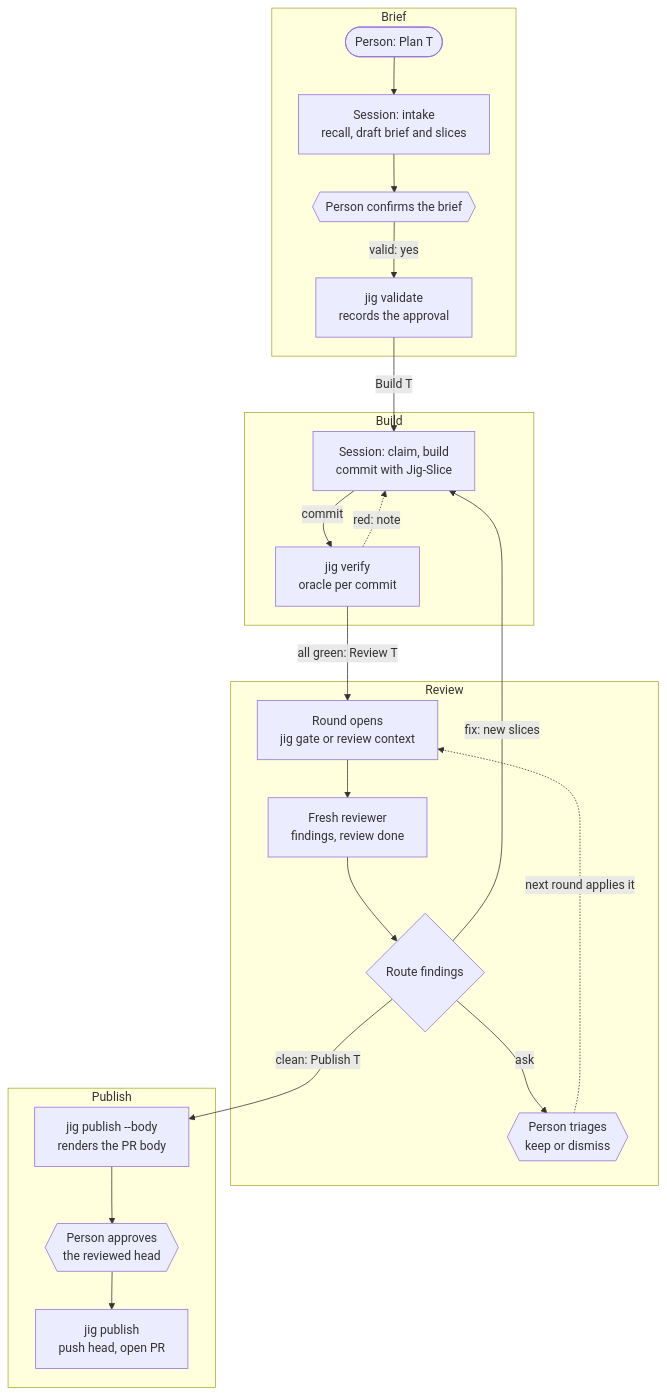
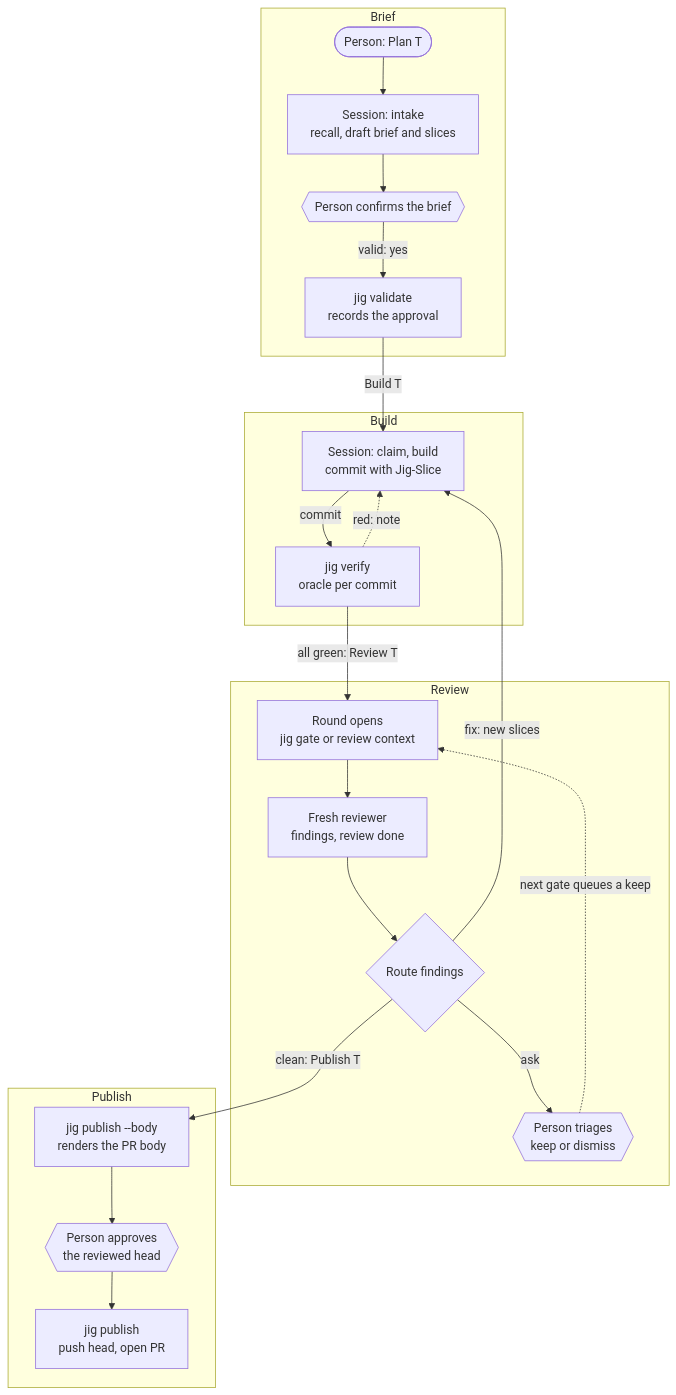
Before and after one commit to develdeco/jig: the third of 5 diagrams in docs/diagrams.md, drawn with Mermaid. The commit also changed 21 other files, not shown here.

````diff
--- a/docs/diagrams.md
+++ b/docs/diagrams.md
@@ -194,26 +194,26 @@
 ```mermaid
 flowchart TB
   subgraph brief ["Brief"]
     ask(["Person: Plan T"]) --> intake["Session: intake<br/>recall, draft brief and slices"]
     intake --> confirm{{"Person confirms the brief"}}
     confirm -->|"valid: yes"| validate["jig validate<br/>records the approval"]
   end
   subgraph build ["Build"]
     claim["Session: claim, build<br/>commit with Jig-Slice"] -->|commit| verify["jig verify<br/>oracle per commit"]
     verify -.->|"red: note"| claim
   end
   subgraph review ["Review"]
     gate["Round opens<br/>jig gate or review context"] --> round["Fresh reviewer<br/>findings, review done"]
     round --> route{"Route findings"}
     route -->|ask| triage{{"Person triages<br/>keep or dismiss"}}
-    triage -.->|"next round applies it"| gate
+    triage -.->|"next gate queues a keep"| gate
   end
   subgraph publish ["Publish"]
     pbody["jig publish --body<br/>renders the PR body"] --> approve{{"Person approves<br/>the reviewed head"}}
     approve --> pub["jig publish<br/>push head, open PR"]
   end
   validate -->|"Build T"| claim
   verify -->|"all green: Review T"| gate
   route -->|"fix: new slices"| claim
   route -->|"clean: Publish T"| pbody
 ```
````
